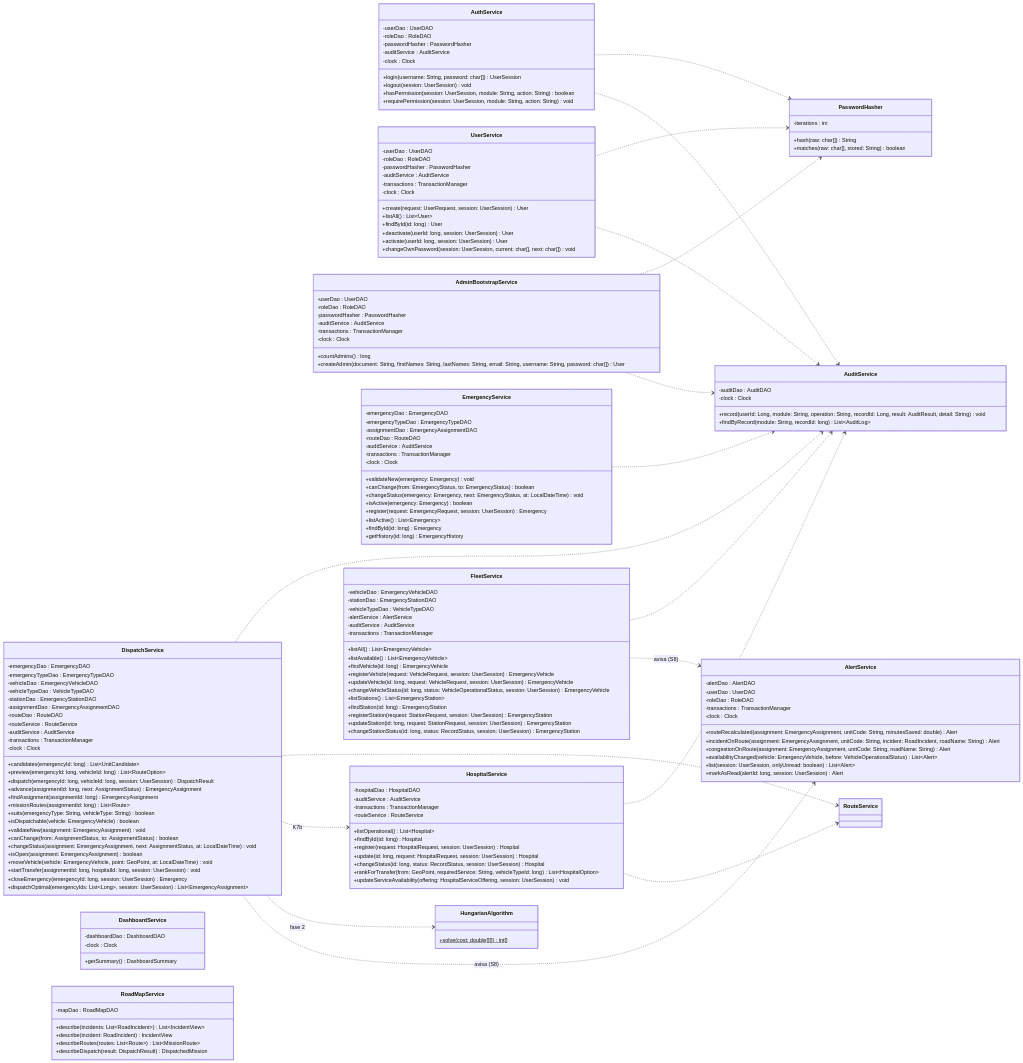
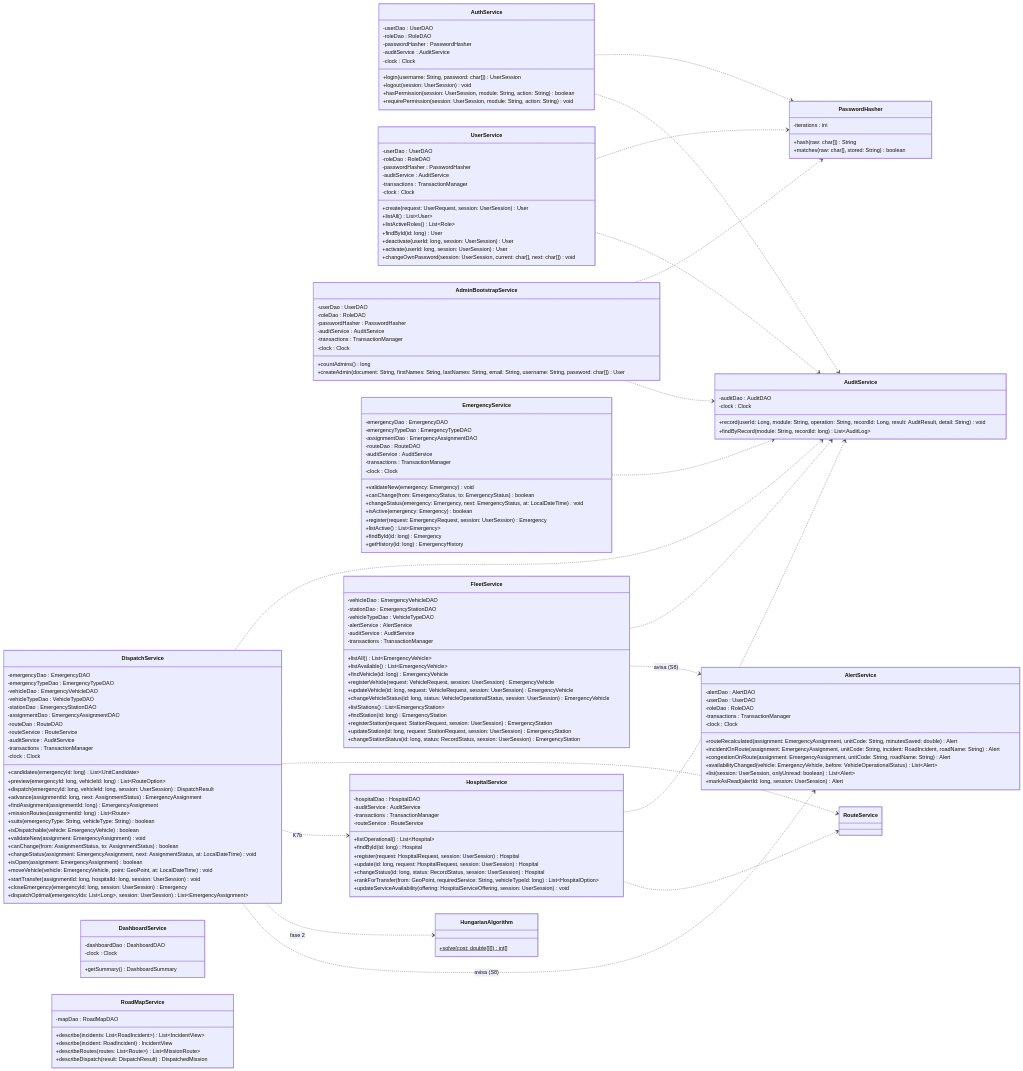
Diagram 15 of 24 in docs/class-diagram.md (afzabaleta/RutaVida), drawn with Mermaid before and after one commit. The commit also changed other lines of this file and 2 other files, not shown here.

```diff
--- a/docs/class-diagram.md
+++ b/docs/class-diagram.md
@@ -1006,6 +1006,7 @@
     -clock : Clock
     +create(request: UserRequest, session: UserSession) User
     +listAll() List~User~
+    +listActiveRoles() List~Role~
     +findById(id: long) User
     +deactivate(userId: long, session: UserSession) User
     +activate(userId: long, session: UserSession) User
```
